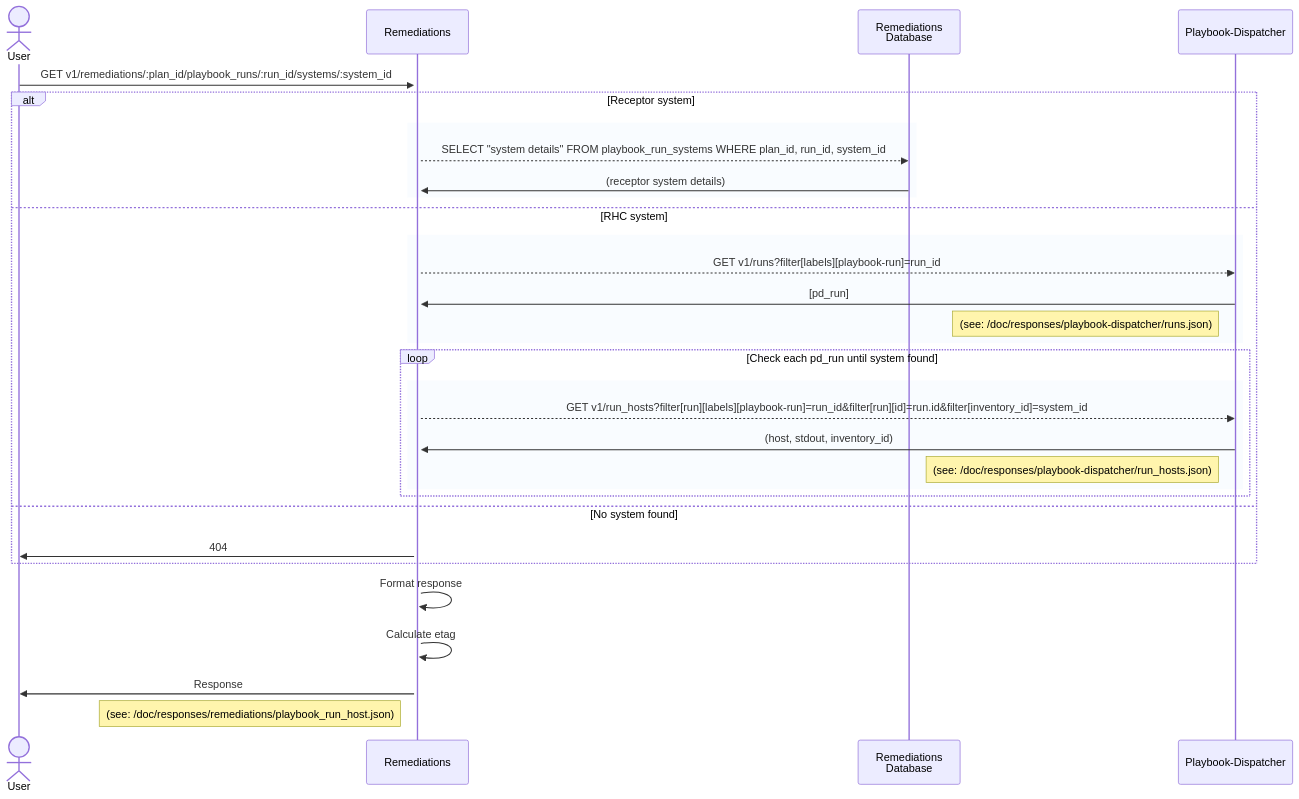
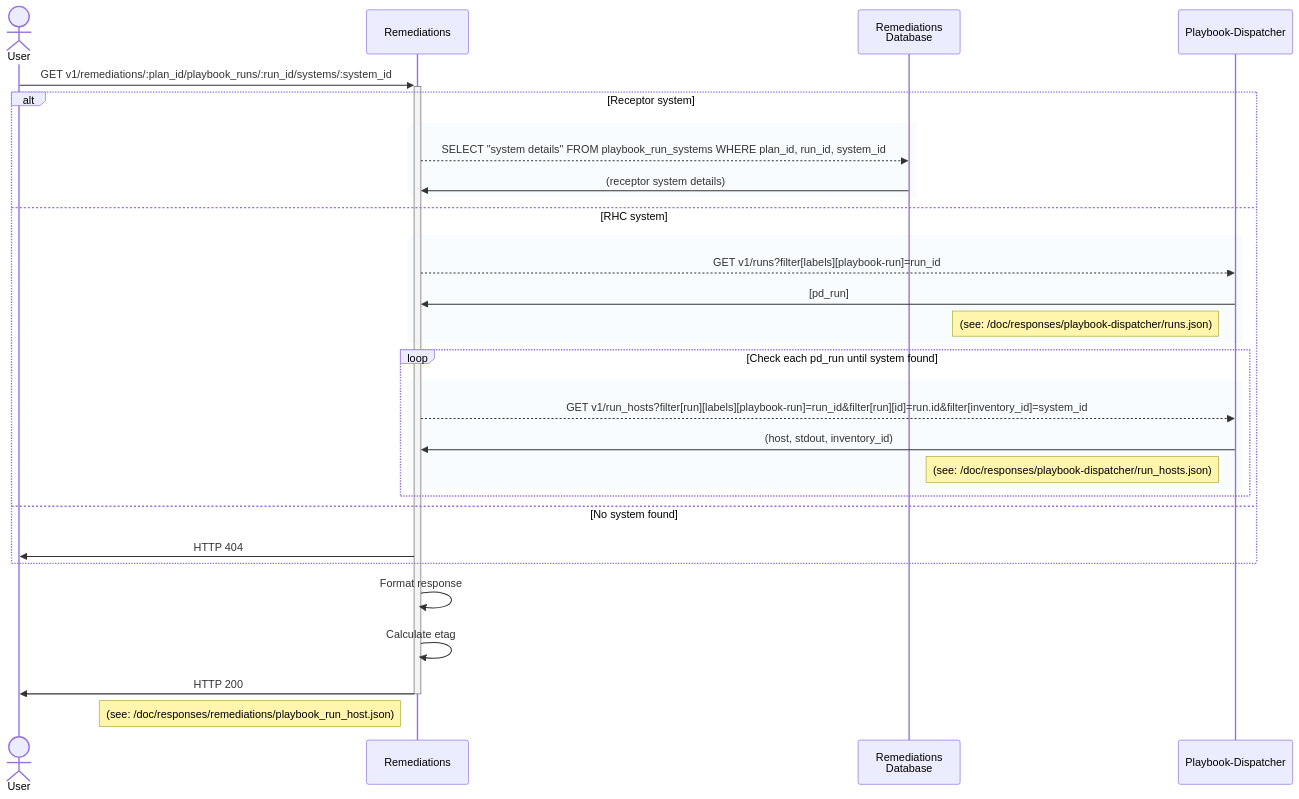
One commit to RedHatInsights/insights-remediations changed the diagram in doc/diagrams/v1/remediations/{plan_id}/playbook_runs/getSystemDetails.md. Above: the diagram before and after it, drawn with Mermaid. The commit also changed 5 other files, not shown here.

First line of the commit message:
RHINENG-16334: Add sequence diagram for POST v1/remediations

````diff
--- a/doc/diagrams/v1/remediations/{plan_id}/playbook_runs/getSystemDetails.md
+++ b/doc/diagrams/v1/remediations/{plan_id}/playbook_runs/getSystemDetails.md
@@ -16,38 +16,38 @@
 ```mermaid
 sequenceDiagram
     actor u as User
     participant rem as Remediations
     participant db as Remediations<br>Database
     participant pd as Playbook-Dispatcher
 
     u ->> + rem: GET v1/remediations/:plan_id/playbook_runs/:run_id/systems/:system_id
  
     alt Receptor system
        rect rgba(191, 223, 255, .1)
           rem -->> db: SELECT "system details" FROM playbook_run_systems WHERE plan_id, run_id, system_id
           db ->> rem: (receptor system details)
        end
 
     else RHC system
        rect rgba(191, 223, 255, .1)
           rem -->> pd: GET v1/runs?filter[labels][playbook-run]=run_id
           pd ->> rem: [pd_run]
           note left of pd: (see: /doc/responses/playbook-dispatcher/runs.json)
        end
        loop Check each pd_run until system found
           rect rgba(191, 223, 255, .1)
              rem -->> pd: GET v1/run_hosts?filter[run][labels][playbook-run]=run_id&filter[run][id]=run.id&filter[inventory_id]=system_id
              pd ->> rem: (host, stdout, inventory_id)
              note left of pd: (see: /doc/responses/playbook-dispatcher/run_hosts.json)
           end
        end
 
     else No system found
-       rem ->> u: 404
+       rem ->> u: HTTP 404
     end
  
     rem ->> rem: Format response
     rem ->> rem: Calculate etag
-    rem ->> u: Response
+    rem ->> - u: HTTP 200
     note left of rem: (see: /doc/responses/remediations/playbook_run_host.json)
 ```
````
